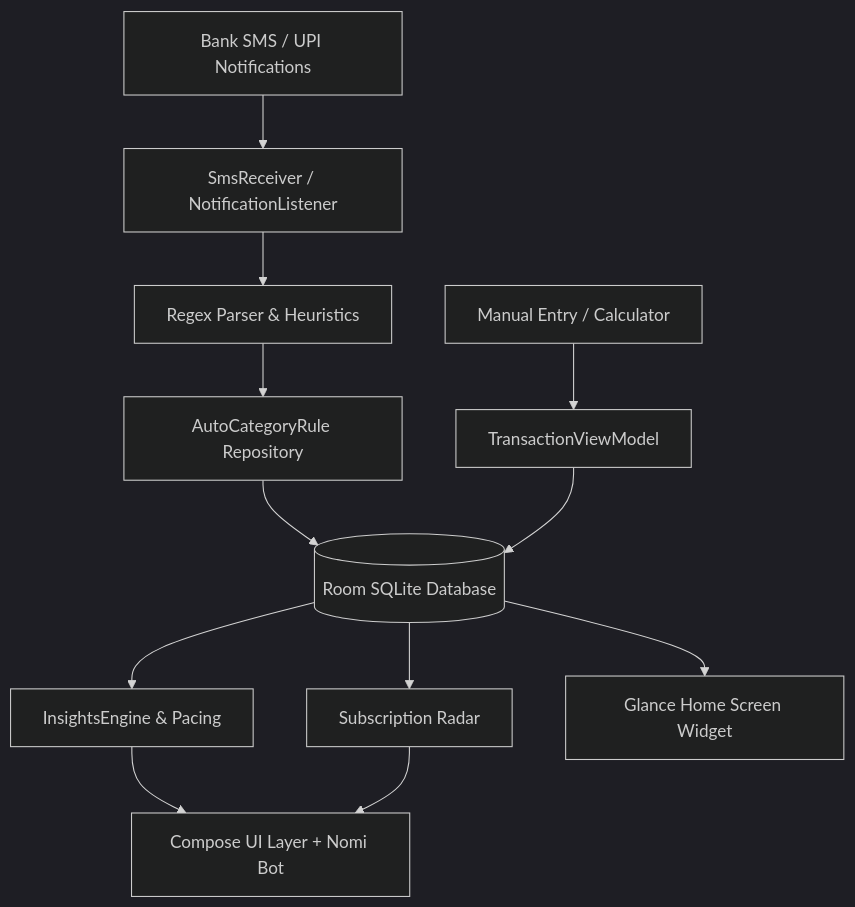
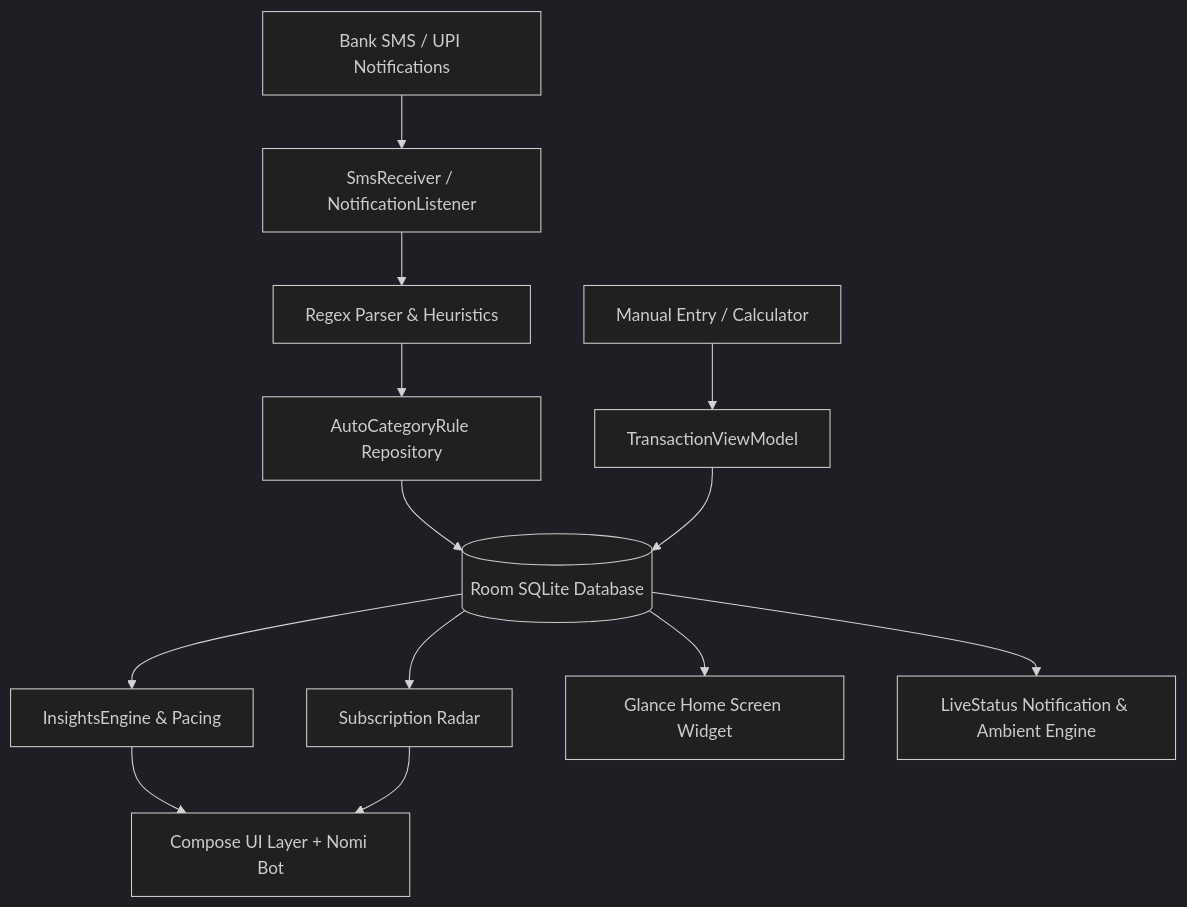
The diagram in README.md (amansaxna/expenditureApp), drawn with Mermaid (dark theme) before and after one commit. The commit also changed other lines of this file and 3 other files, not shown here.

````diff
--- a/README.md
+++ b/README.md
@@ -95,14 +155,15 @@
 ```mermaid
 graph TD
     A[Bank SMS / UPI Notifications] --> B[SmsReceiver / NotificationListener]
     C[Manual Entry / Calculator] --> D[TransactionViewModel]
     B --> E[Regex Parser & Heuristics]
     E --> F[AutoCategoryRule Repository]
     F --> G[(Room SQLite Database)]
     D --> G
     G --> H[InsightsEngine & Pacing]
     G --> I[Subscription Radar]
     H --> J[Compose UI Layer + Nomi Bot]
     I --> J
     G --> K[Glance Home Screen Widget]
+    G --> L[LiveStatus Notification & Ambient Engine]
 ```
````
